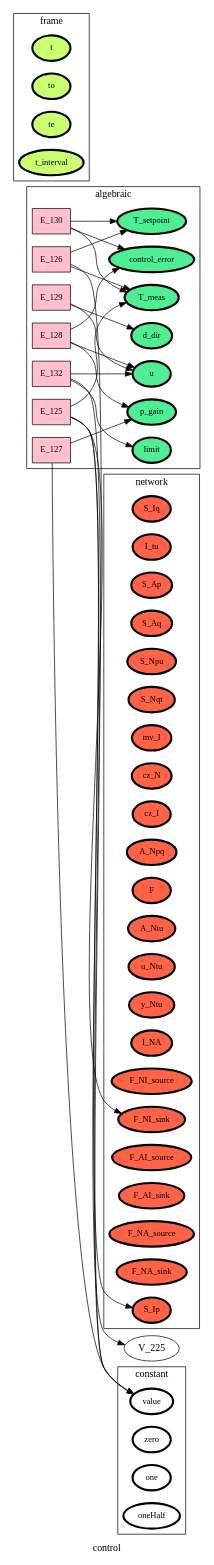
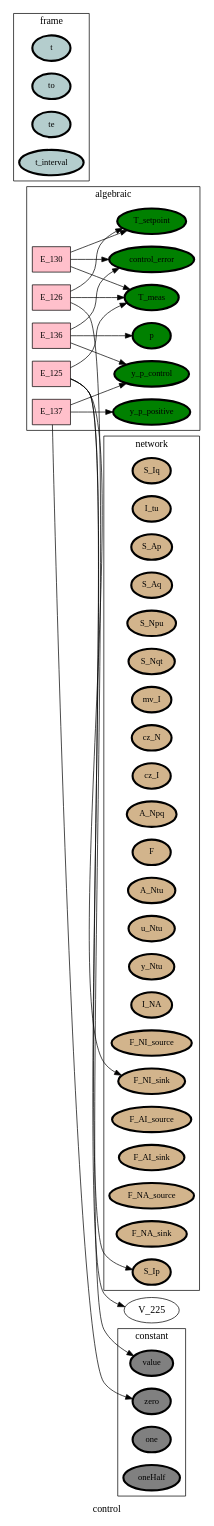
Before and after one commit to heinz-preisig/processes_000_HAP: the diagram in ontology_graphs/graph__control.dot, drawn with Graphviz. The commit also changed 927 other files, not shown here.

```diff
--- a/ontology_graphs/graph__control.dot
+++ b/ontology_graphs/graph__control.dot
@@ -1,113 +1,106 @@
 digraph control {
 label=control;
 rankdir=LR;
 subgraph cluster_control___dataFlow {
 label=dataFlow;
 rankdir=LR;
 }
 
 subgraph cluster_control___input {
 label=input;
 rankdir=LR;
 }
 
 subgraph cluster_control___output {
 label=output;
 rankdir=LR;
 }
 
 subgraph cluster_control___network {
 label=network;
 rankdir=LR;
-V_10 [fillcolor=tomato, fontsize=12, label=S_Iq, penwidth=3, style=filled];
-V_11 [fillcolor=tomato, fontsize=12, label=I_tu, penwidth=3, style=filled];
-V_12 [fillcolor=tomato, fontsize=12, label=S_Ap, penwidth=3, style=filled];
-V_13 [fillcolor=tomato, fontsize=12, label=S_Aq, penwidth=3, style=filled];
-V_14 [fillcolor=tomato, fontsize=12, label=S_Npu, penwidth=3, style=filled];
-V_15 [fillcolor=tomato, fontsize=12, label=S_Nqt, penwidth=3, style=filled];
-V_16 [fillcolor=tomato, fontsize=12, label=mv_I, penwidth=3, style=filled];
-V_17 [fillcolor=tomato, fontsize=12, label=cz_N, penwidth=3, style=filled];
-V_18 [fillcolor=tomato, fontsize=12, label=cz_I, penwidth=3, style=filled];
-V_19 [fillcolor=tomato, fontsize=12, label=A_Npq, penwidth=3, style=filled];
-V_2 [fillcolor=tomato, fontsize=12, label=F, penwidth=3, style=filled];
-V_20 [fillcolor=tomato, fontsize=12, label=A_Ntu, penwidth=3, style=filled];
-V_21 [fillcolor=tomato, fontsize=12, label=u_Ntu, penwidth=3, style=filled];
-V_22 [fillcolor=tomato, fontsize=12, label=y_Ntu, penwidth=3, style=filled];
-V_27 [fillcolor=tomato, fontsize=12, label=I_NA, penwidth=3, style=filled];
-V_3 [fillcolor=tomato, fontsize=12, label=F_NI_source, penwidth=3, style=filled];
-V_4 [fillcolor=tomato, fontsize=12, label=F_NI_sink, penwidth=3, style=filled];
-V_5 [fillcolor=tomato, fontsize=12, label=F_AI_source, penwidth=3, style=filled];
-V_6 [fillcolor=tomato, fontsize=12, label=F_AI_sink, penwidth=3, style=filled];
-V_7 [fillcolor=tomato, fontsize=12, label=F_NA_source, penwidth=3, style=filled];
-V_8 [fillcolor=tomato, fontsize=12, label=F_NA_sink, penwidth=3, style=filled];
-V_9 [fillcolor=tomato, fontsize=12, label=S_Ip, penwidth=3, style=filled];
+V_10 [fillcolor=tan, fontsize=12, label=S_Iq, penwidth=3, style=filled];
+V_11 [fillcolor=tan, fontsize=12, label=I_tu, penwidth=3, style=filled];
+V_12 [fillcolor=tan, fontsize=12, label=S_Ap, penwidth=3, style=filled];
+V_13 [fillcolor=tan, fontsize=12, label=S_Aq, penwidth=3, style=filled];
+V_14 [fillcolor=tan, fontsize=12, label=S_Npu, penwidth=3, style=filled];
+V_15 [fillcolor=tan, fontsize=12, label=S_Nqt, penwidth=3, style=filled];
+V_16 [fillcolor=tan, fontsize=12, label=mv_I, penwidth=3, style=filled];
+V_17 [fillcolor=tan, fontsize=12, label=cz_N, penwidth=3, style=filled];
+V_18 [fillcolor=tan, fontsize=12, label=cz_I, penwidth=3, style=filled];
+V_19 [fillcolor=tan, fontsize=12, label=A_Npq, penwidth=3, style=filled];
+V_2 [fillcolor=tan, fontsize=12, label=F, penwidth=3, style=filled];
+V_20 [fillcolor=tan, fontsize=12, label=A_Ntu, penwidth=3, style=filled];
+V_21 [fillcolor=tan, fontsize=12, label=u_Ntu, penwidth=3, style=filled];
+V_22 [fillcolor=tan, fontsize=12, label=y_Ntu, penwidth=3, style=filled];
+V_27 [fillcolor=tan, fontsize=12, label=I_NA, penwidth=3, style=filled];
+V_3 [fillcolor=tan, fontsize=12, label=F_NI_source, penwidth=3, style=filled];
+V_4 [fillcolor=tan, fontsize=12, label=F_NI_sink, penwidth=3, style=filled];
+V_5 [fillcolor=tan, fontsize=12, label=F_AI_source, penwidth=3, style=filled];
+V_6 [fillcolor=tan, fontsize=12, label=F_AI_sink, penwidth=3, style=filled];
+V_7 [fillcolor=tan, fontsize=12, label=F_NA_source, penwidth=3, style=filled];
+V_8 [fillcolor=tan, fontsize=12, label=F_NA_sink, penwidth=3, style=filled];
+V_9 [fillcolor=tan, fontsize=12, label=S_Ip, penwidth=3, style=filled];
 }
 
 subgraph cluster_control___frame {
 label=frame;
 rankdir=LR;
-V_1 [fillcolor=darkolivegreen1, fontsize=12, label=t, penwidth=3, style=filled];
-V_105 [fillcolor=darkolivegreen1, fontsize=12, label=to, penwidth=3, style=filled];
-V_106 [fillcolor=darkolivegreen1, fontsize=12, label=te, penwidth=3, style=filled];
-V_107 [fillcolor=darkolivegreen1, fontsize=12, label=t_interval, penwidth=3, style=filled];
+V_1 [fillcolor=lightcyan3, fontsize=12, label=t, penwidth=3, style=filled];
+V_105 [fillcolor=lightcyan3, fontsize=12, label=to, penwidth=3, style=filled];
+V_106 [fillcolor=lightcyan3, fontsize=12, label=te, penwidth=3, style=filled];
+V_107 [fillcolor=lightcyan3, fontsize=12, label=t_interval, penwidth=3, style=filled];
 }
 
 subgraph cluster_control___state {
 label=state;
 rankdir=LR;
 }
 
 subgraph cluster_control___constant {
 label=constant;
 rankdir=LR;
-V_101 [fillcolor=white, fontsize=12, label=value, penwidth=3, style=filled];
-V_102 [fillcolor=white, fontsize=12, label=zero, penwidth=3, style=filled];
-V_103 [fillcolor=white, fontsize=12, label=one, penwidth=3, style=filled];
-V_104 [fillcolor=white, fontsize=12, label=oneHalf, penwidth=3, style=filled];
+V_101 [fillcolor=grey, fontsize=12, label=value, penwidth=3, style=filled];
+V_102 [fillcolor=grey, fontsize=12, label=zero, penwidth=3, style=filled];
+V_103 [fillcolor=grey, fontsize=12, label=one, penwidth=3, style=filled];
+V_104 [fillcolor=grey, fontsize=12, label=oneHalf, penwidth=3, style=filled];
 }
 
 subgraph cluster_control___diffState {
 label=diffState;
 rankdir=LR;
 }
 
 E_125 -> V_225  [splines=ortho];
 E_125 -> V_4  [splines=ortho];
 E_125 -> V_9  [splines=ortho];
 E_126 -> V_101  [splines=ortho];
 E_126 -> V_226  [splines=ortho];
-E_127 -> V_101  [splines=ortho];
-E_128 -> V_228  [splines=ortho];
-E_128 -> V_231  [splines=ortho];
-E_129 -> V_229  [splines=ortho];
 E_130 -> V_226  [splines=ortho];
 E_130 -> V_227  [splines=ortho];
-E_132 -> V_101  [splines=ortho];
-E_132 -> V_229  [splines=ortho];
+E_136 -> V_231  [splines=ortho];
+E_136 -> V_237  [splines=ortho];
+E_137 -> V_102  [splines=ortho];
+E_137 -> V_238  [splines=ortho];
 subgraph cluster_control___algebraic {
 label=algebraic;
 rankdir=LR;
-V_226 [fillcolor=seagreen2, fontsize=12, label=T_meas, penwidth=3, style=filled];
-V_227 [fillcolor=seagreen2, fontsize=12, label=T_setpoint, penwidth=3, style=filled];
-V_228 [fillcolor=seagreen2, fontsize=12, label=p_gain, penwidth=3, style=filled];
-V_229 [fillcolor=seagreen2, fontsize=12, label=u, penwidth=3, style=filled];
-V_230 [fillcolor=seagreen2, fontsize=12, label=d_dir, penwidth=3, style=filled];
-V_231 [fillcolor=seagreen2, fontsize=12, label=control_error, penwidth=3, style=filled];
-V_233 [fillcolor=seagreen2, fontsize=12, label=limit, penwidth=3, style=filled];
+V_226 [fillcolor=green, fontsize=12, label=T_meas, penwidth=3, style=filled];
+V_227 [fillcolor=green, fontsize=12, label=T_setpoint, penwidth=3, style=filled];
+V_231 [fillcolor=green, fontsize=12, label=control_error, penwidth=3, style=filled];
+V_237 [fillcolor=green, fontsize=12, label=p, penwidth=3, style=filled];
+V_238 [fillcolor=green, fontsize=12, label=y_p_control, penwidth=3, style=filled];
+V_239 [fillcolor=green, fontsize=12, label=y_p_positive, penwidth=3, style=filled];
 E_125 [fillcolor=pink, fontsize=12, shape=box, style=filled];
 E_125 -> V_226  [splines=ortho];
 E_126 [fillcolor=pink, fontsize=12, shape=box, style=filled];
 E_126 -> V_227  [splines=ortho];
-E_127 [fillcolor=pink, fontsize=12, shape=box, style=filled];
-E_127 -> V_228  [splines=ortho];
-E_128 [fillcolor=pink, fontsize=12, shape=box, style=filled];
-E_128 -> V_229  [splines=ortho];
-E_129 [fillcolor=pink, fontsize=12, shape=box, style=filled];
-E_129 -> V_230  [splines=ortho];
 E_130 [fillcolor=pink, fontsize=12, shape=box, style=filled];
 E_130 -> V_231  [splines=ortho];
-E_132 [fillcolor=pink, fontsize=12, shape=box, style=filled];
-E_132 -> V_233  [splines=ortho];
+E_136 [fillcolor=pink, fontsize=12, shape=box, style=filled];
+E_136 -> V_238  [splines=ortho];
+E_137 [fillcolor=pink, fontsize=12, shape=box, style=filled];
+E_137 -> V_239  [splines=ortho];
 }
 
 }
```
